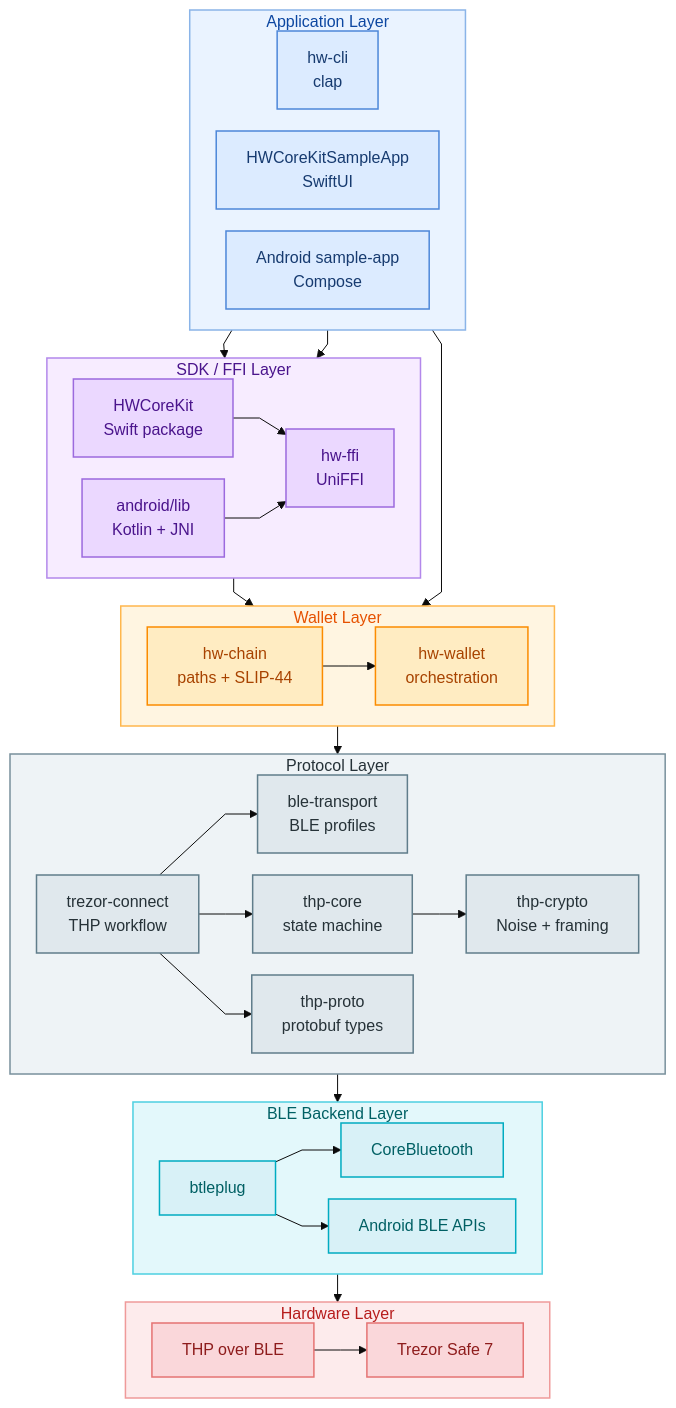
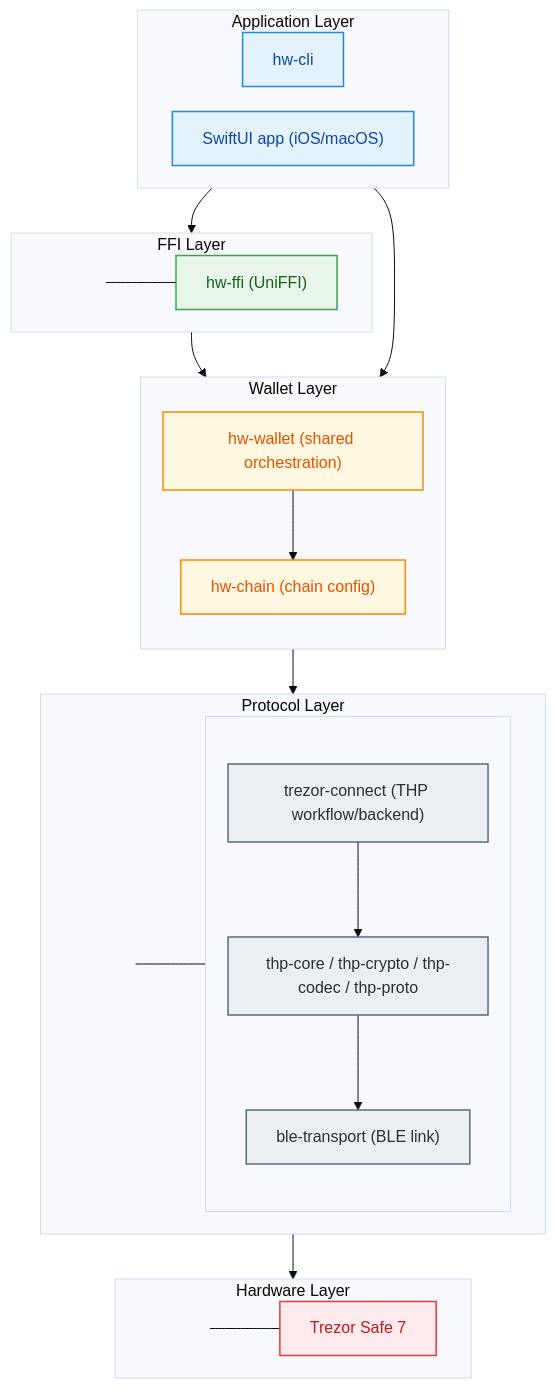
Before and after one commit to hewigovens/hw-core: the diagram in README.md, drawn with Mermaid. The commit also changed other lines of this file and 6 other files, not shown here.

````diff
--- a/README.md
+++ b/README.md
@@ -25,84 +23,64 @@
 ```mermaid
-%%{init: {'theme':'base', 'flowchart': {'rankSpacing': 28, 'nodeSpacing': 22, 'curve': 'linear'}}}%%
+%%{init: {'theme':'base', 'flowchart': {'rankSpacing': 45, 'nodeSpacing': 25, 'curve': 'basis'}}}%%
 flowchart TB
   subgraph L1["Application Layer"]
     direction LR
-    CLI["hw-cli<br/>clap"]
-    APPLE_APP["HWCoreKitSampleApp<br/>SwiftUI"]
-    ANDROID_APP["Android sample-app<br/>Compose"]
+    CLI["hw-cli"]
+    APP["SwiftUI app (iOS/macOS)"]
   end
 
-  subgraph L2["SDK / FFI Layer"]
+  subgraph L2["FFI Layer"]
     direction LR
-    APPLE_SDK["HWCoreKit<br/>Swift package"]
-    FFI["hw-ffi<br/>UniFFI"]
-    ANDROID_SDK["android/lib<br/>Kotlin + JNI"]
+    FFI_PAD[" "]
+    FFI["hw-ffi (UniFFI)"]
+    FFI_PAD --- FFI
   end
 
   subgraph L3["Wallet Layer"]
-    direction LR
-    CHAIN["hw-chain<br/>paths + SLIP-44"]
-    WALLET["hw-wallet<br/>orchestration"]
+    direction TB
+    WALLET["hw-wallet (shared orchestration)"]
+    CHAIN["hw-chain (chain config)"]
+    WALLET --> CHAIN
   end
 
   subgraph L4["Protocol Layer"]
     direction LR
-    CONNECT["trezor-connect<br/>THP workflow"]
-    BLE["ble-transport<br/>BLE profiles"]
-    THP_CORE["thp-core<br/>state machine"]
-    THP_CRYPTO["thp-crypto<br/>Noise + framing"]
-    THP_PROTO["thp-proto<br/>protobuf types"]
+    PROTO_PAD[" "]
+    subgraph L4S[" "]
+      direction TB
+      CONNECT["trezor-connect (THP workflow/backend)"]
+      THP["thp-core / thp-crypto / thp-codec / thp-proto"]
+      BLE["ble-transport (BLE link)"]
+      CONNECT --> THP
+      THP --> BLE
+    end
+    PROTO_PAD --- CONNECT
   end
 
-  subgraph L5["BLE Backend Layer"]
+  subgraph L5["Hardware Layer"]
     direction LR
-    BTLEPLUG["btleplug"]
-    COREBLUETOOTH["CoreBluetooth"]
-    ANDROID_BLE["Android BLE APIs"]
+    HW_PAD[" "]
+    DEVICE["Trezor Safe 7"]
+    HW_PAD --- DEVICE
   end
 
-  subgraph L6["Hardware Layer"]
-    direction LR
-    LINK["THP over BLE"]
-    DEVICE["Trezor Safe 7"]
-  end
+  CLI --> WALLET
+  APP --> FFI_PAD
+  FFI --> WALLET
+  CHAIN --> PROTO_PAD
+  BLE --> HW_PAD
 
-  APPLE_APP --> APPLE_SDK
-  ANDROID_APP --> ANDROID_SDK
-  APPLE_SDK --> FFI
-  ANDROID_SDK --> FFI
-  FFI --> WALLET
-  CHAIN --> WALLET
-  CLI --> WALLET
-  WALLET --> CONNECT
-  CONNECT --> BLE
-  CONNECT --> THP_CORE
-  CONNECT --> THP_PROTO
-  THP_CORE --> THP_CRYPTO
-  BLE --> BTLEPLUG
-  BTLEPLUG --> COREBLUETOOTH
-  BTLEPLUG --> ANDROID_BLE
-  BTLEPLUG --> LINK
-  LINK --> DEVICE
+  classDef appLayer fill:#E3F2FD,stroke:#1E88E5,color:#0D47A1,stroke-width:1.5px;
+  classDef ffiLayer fill:#E8F5E9,stroke:#43A047,color:#1B5E20,stroke-width:1.5px;
+  classDef walletLayer fill:#FFF8E1,stroke:#FB8C00,color:#E65100,stroke-width:1.5px;
+  classDef protoLayer fill:#ECEFF1,stroke:#546E7A,color:#263238,stroke-width:1.5px;
+  classDef hwLayer fill:#FFEBEE,stroke:#E53935,color:#B71C1C,stroke-width:1.5px;
+  classDef spacer fill:transparent,stroke:transparent,color:transparent;
 
-  style L1 fill:#EAF3FF,stroke:#8AB4E8,stroke-width:1.5px,color:#0D47A1;
-  style L2 fill:#F7ECFF,stroke:#B388EB,stroke-width:1.5px,color:#4A148C;
-  style L3 fill:#FFF5E1,stroke:#FFB74D,stroke-width:1.5px,color:#E65100;
-  style L4 fill:#EEF3F6,stroke:#78909C,stroke-width:1.5px,color:#263238;
-  style L5 fill:#E3F8FB,stroke:#4DD0E1,stroke-width:1.5px,color:#006064;
-  style L6 fill:#FDEBEC,stroke:#EF9A9A,stroke-width:1.5px,color:#B71C1C;
-
-  classDef appLayer fill:#DCEBFF,stroke:#4D87D9,color:#173B70,stroke-width:1.5px;
-  classDef sdkLayer fill:#EBD8FF,stroke:#9C6ADE,color:#4A148C,stroke-width:1.5px;
-  classDef walletLayer fill:#FFECC2,stroke:#FB8C00,color:#A84300,stroke-width:1.5px;
-  classDef protoLayer fill:#E0E8ED,stroke:#607D8B,color:#263238,stroke-width:1.5px;
-  classDef backendLayer fill:#D8F1F7,stroke:#00ACC1,color:#006064,stroke-width:1.5px;
-  classDef hwLayer fill:#FAD7DA,stroke:#E57373,color:#8E1C1C,stroke-width:1.5px;
-
-  class CLI,APPLE_APP,ANDROID_APP appLayer;
-  class APPLE_SDK,FFI,ANDROID_SDK sdkLayer;
-  class CHAIN,WALLET walletLayer;
-  class CONNECT,BLE,THP_CORE,THP_CRYPTO,THP_PROTO protoLayer;
-  class BTLEPLUG,COREBLUETOOTH,ANDROID_BLE backendLayer;
-  class LINK,DEVICE hwLayer;
+  class CLI,APP appLayer;
+  class FFI ffiLayer;
+  class WALLET,CHAIN walletLayer;
+  class CONNECT,BLE,THP protoLayer;
+  class DEVICE hwLayer;
+  class FFI_PAD,PROTO_PAD,HW_PAD spacer;
 ```
````
